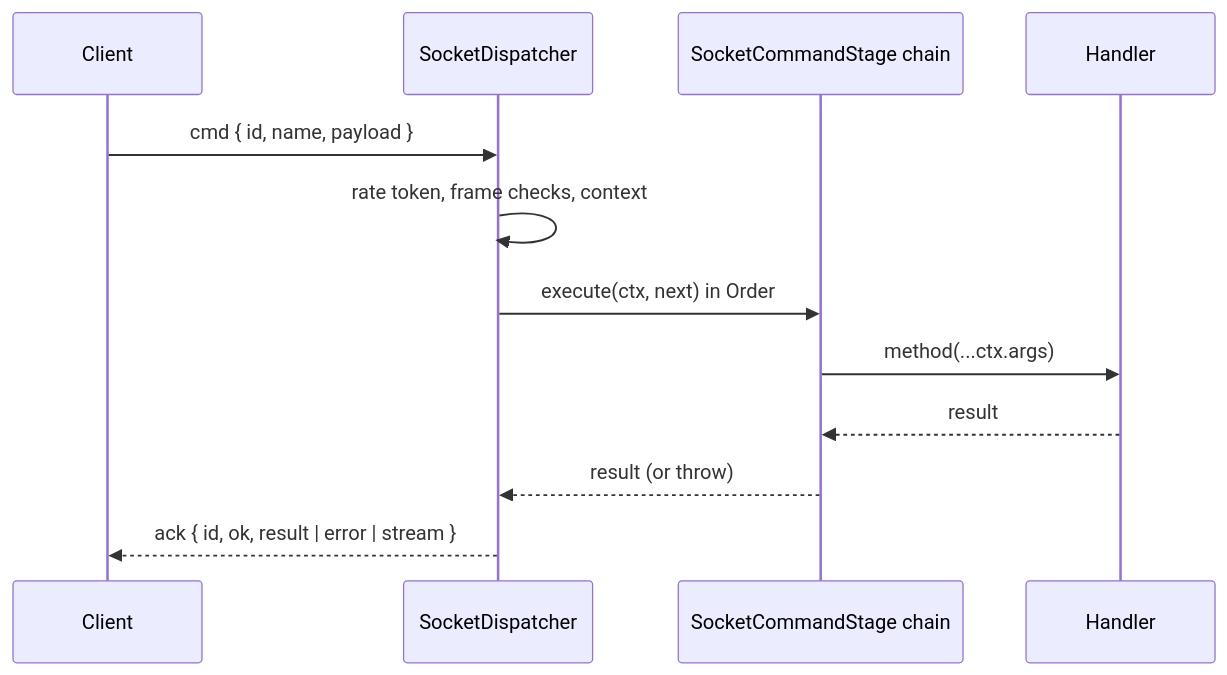
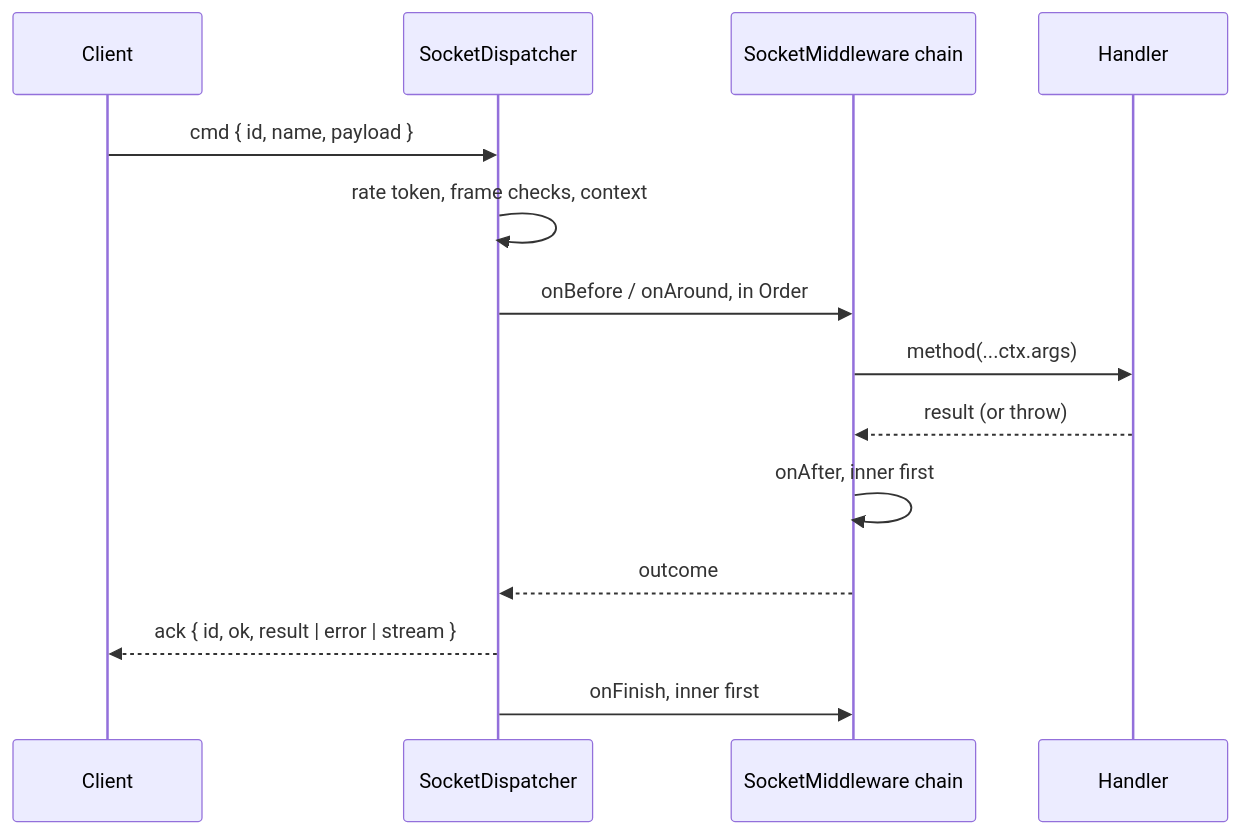
Before and after one commit to spinajs/main: the diagram in docs/http-socket/04-command-pipeline.md, drawn with Mermaid. The commit also changed other lines of this file and 35 other files, not shown here.

First line of the commit message:
feat(http-socket)!: SocketMiddleware with the http hook meanings replaces SocketCommandStage

````diff
--- a/docs/http-socket/04-command-pipeline.md
+++ b/docs/http-socket/04-command-pipeline.md
@@ -31,14 +44,16 @@
 ```mermaid
 sequenceDiagram
   participant Client
   participant Dispatcher as SocketDispatcher
-  participant Stages as SocketCommandStage chain
+  participant Chain as SocketMiddleware chain
   participant Handler
   Client->>Dispatcher: cmd { id, name, payload }
   Dispatcher->>Dispatcher: rate token, frame checks, context
-  Dispatcher->>Stages: execute(ctx, next) in Order
-  Stages->>Handler: method(...ctx.args)
-  Handler-->>Stages: result
-  Stages-->>Dispatcher: result (or throw)
+  Dispatcher->>Chain: onBefore / onAround, in Order
+  Chain->>Handler: method(...ctx.args)
+  Handler-->>Chain: result (or throw)
+  Chain->>Chain: onAfter, inner first
+  Chain-->>Dispatcher: outcome
   Dispatcher-->>Client: ack { id, ok, result | error | stream }
+  Dispatcher->>Chain: onFinish, inner first
 ```
````
